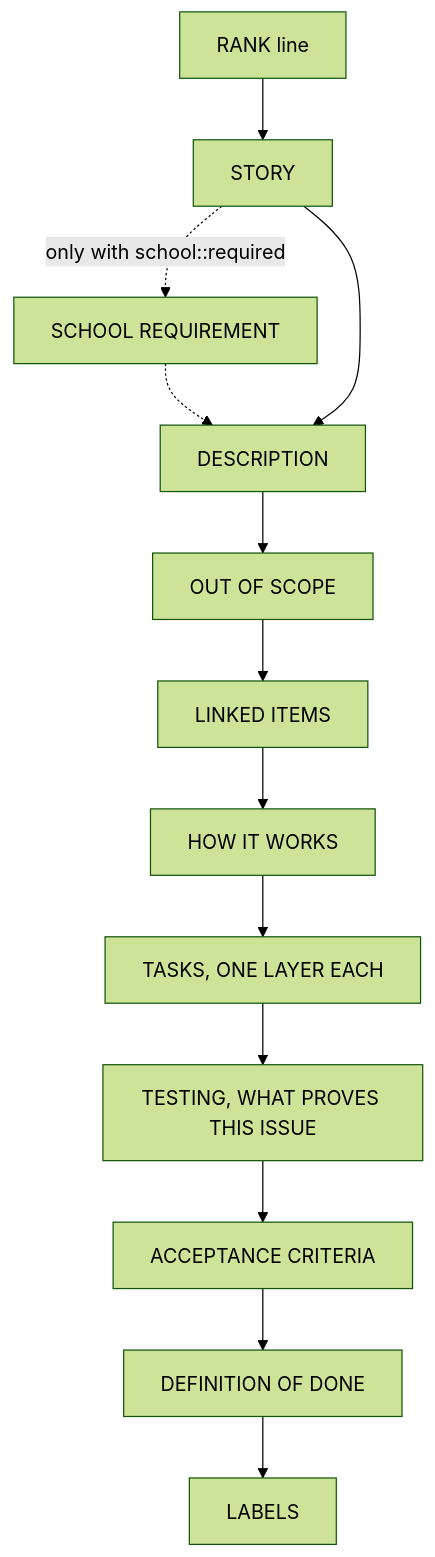
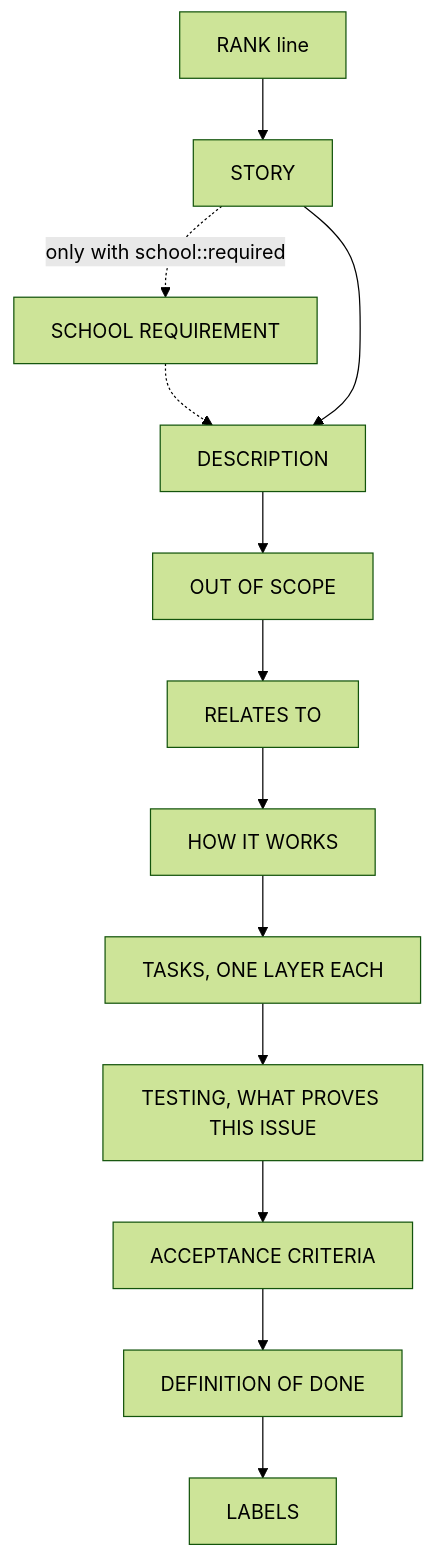
The diagram in docs/team/issueRules.md (guruITA/connect-nine), drawn with Mermaid (forest theme) before and after one commit. The commit also changed other lines of this file and 5 other files, not shown here.

````diff
--- a/docs/team/issueRules.md
+++ b/docs/team/issueRules.md
@@ -59,15 +59,15 @@
 ```mermaid
 flowchart TD
     R[RANK line] --> S[STORY]
     S -.->|only with school::required| SR[SCHOOL REQUIREMENT]
     SR -.-> D
     S --> D[DESCRIPTION]
     D --> O[OUT OF SCOPE]
-    O --> L[LINKED ITEMS]
+    O --> L[RELATES TO]
     L --> H[HOW IT WORKS]
     H --> T[TASKS, ONE LAYER EACH]
     T --> TE[TESTING, WHAT PROVES THIS ISSUE]
     TE --> AC[ACCEPTANCE CRITERIA]
     AC --> DOD[DEFINITION OF DONE]
     DOD --> LB[LABELS]
 ```
````
